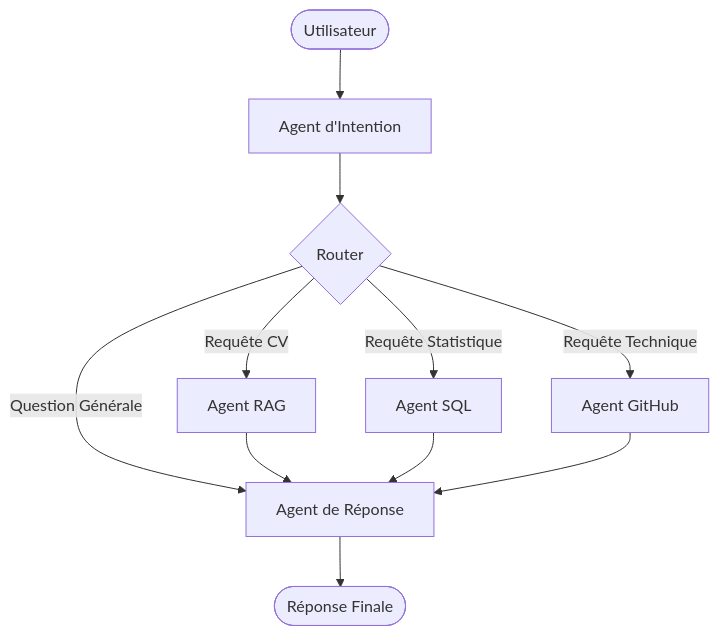
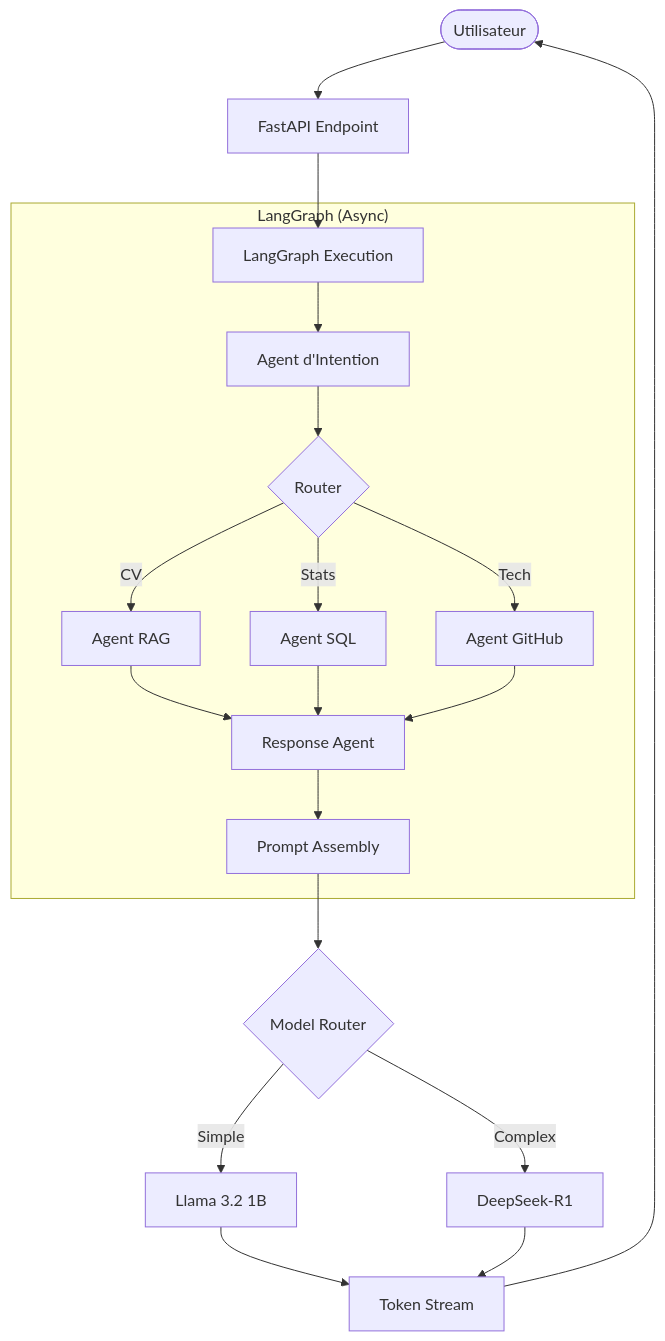
One commit to John-Do59/RH_insight-AI changed the diagram in docs/architecture.md. Above: the diagram before and after it, drawn with Mermaid. The commit also changed other lines of this file and 15 other files, not shown here.

Commit message:
feat: latency optimization with async, streaming, model routing and profiling (step 5)

````diff
--- a/docs/architecture.md
+++ b/docs/architecture.md
@@ -17,16 +19,25 @@
 ```mermaid
 graph TD
-    User([Utilisateur]) --> Intent[Agent d'Intention]
+    User([Utilisateur]) --> API[FastAPI Endpoint]
+    API --> Graph[LangGraph Execution]
+    
+    subgraph "LangGraph (Async)"
+    Graph --> Intent[Agent d'Intention]
     Intent --> Router{Router}
-    
-    Router -- "Requête CV" --> RAG[Agent RAG]
-    Router -- "Requête Statistique" --> SQL[Agent SQL]
-    Router -- "Requête Technique" --> GitHub[Agent GitHub]
-    Router -- "Question Générale" --> Response[Agent de Réponse]
-    
-    RAG --> Response
+    Router -- "CV" --> RAG[Agent RAG]
+    Router -- "Stats" --> SQL[Agent SQL]
+    Router -- "Tech" --> GitHub[Agent GitHub]
+    RAG --> Response[Response Agent]
     SQL --> Response
     GitHub --> Response
+    Response --> Assembly[Prompt Assembly]
+    end
     
-    Response --> End([Réponse Finale])
+    Assembly --> LLM_Route{Model Router}
+    LLM_Route -- "Simple" --> Llama[Llama 3.2 1B]
+    LLM_Route -- "Complex" --> DeepSeek[DeepSeek-R1]
+    
+    Llama --> Stream[Token Stream]
+    DeepSeek --> Stream
+    Stream --> User
 ```
````
